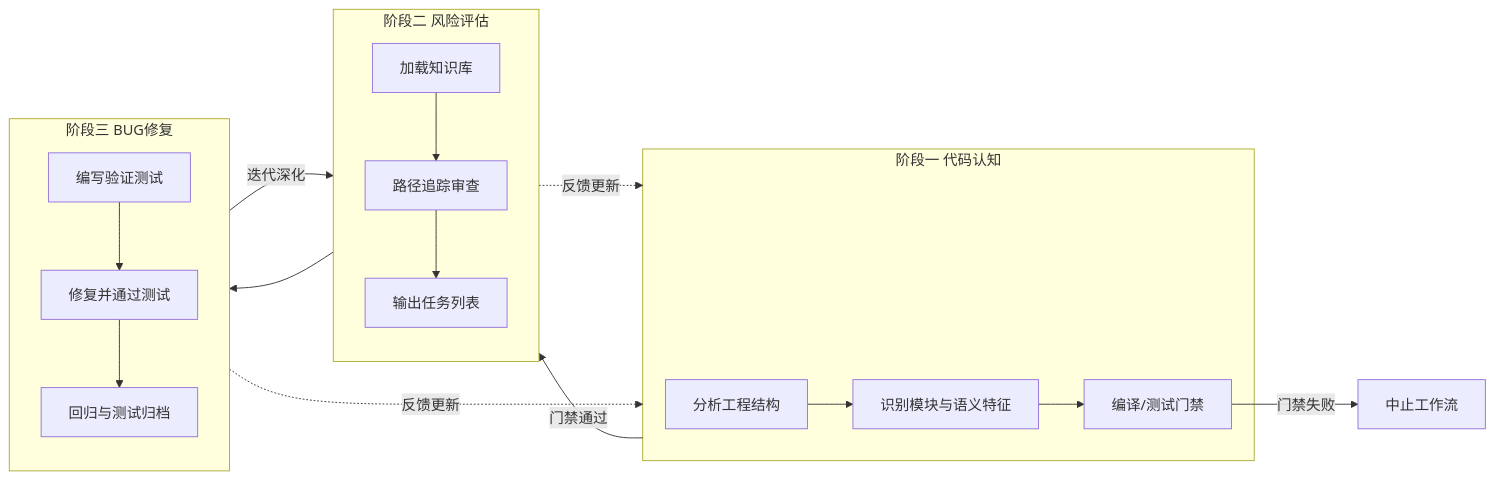
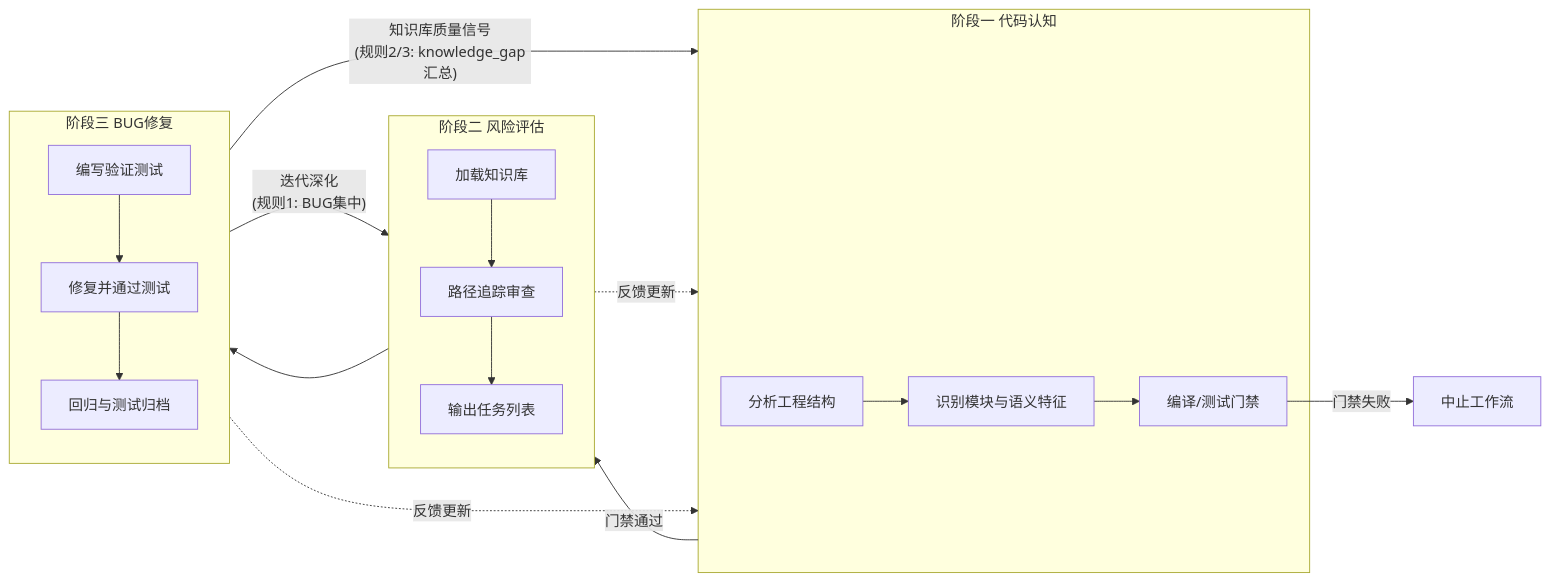
One commit to khvysofq/refactor-skills-for-tests changed the diagram in agentic-code-assurance/Workflow.md. Above: the diagram before and after it, drawn with Mermaid. The commit also changed other lines of this file and 8 other files, not shown here.

````diff
--- a/agentic-code-assurance/Workflow.md
+++ b/agentic-code-assurance/Workflow.md
@@ -29,26 +29,27 @@
 ```mermaid
 flowchart LR
     subgraph stage1 [阶段一 代码认知]
         A1[分析工程结构]
         A2[识别模块与语义特征]
         A3[编译/测试门禁]
         A1 --> A2 --> A3
     end
     subgraph stage2 [阶段二 风险评估]
         B1[加载知识库]
         B2[路径追踪审查]
         B3[输出任务列表]
         B1 --> B2 --> B3
     end
     subgraph stage3 [阶段三 BUG修复]
         C1[编写验证测试]
         C2[修复并通过测试]
         C3[回归与测试归档]
         C1 --> C2 --> C3
     end
     stage1 -->|门禁通过| stage2 --> stage3
-    stage3 -->|迭代深化| stage2
+    stage3 -->|"迭代深化\n(规则1: BUG集中)"| stage2
+    stage3 -->|"知识库质量信号\n(规则2/3: knowledge_gap汇总)"| stage1
     stage2 -.->|反馈更新| stage1
     stage3 -.->|反馈更新| stage1
     A3 -->|门禁失败| ABORT[中止工作流]
 ```
````
